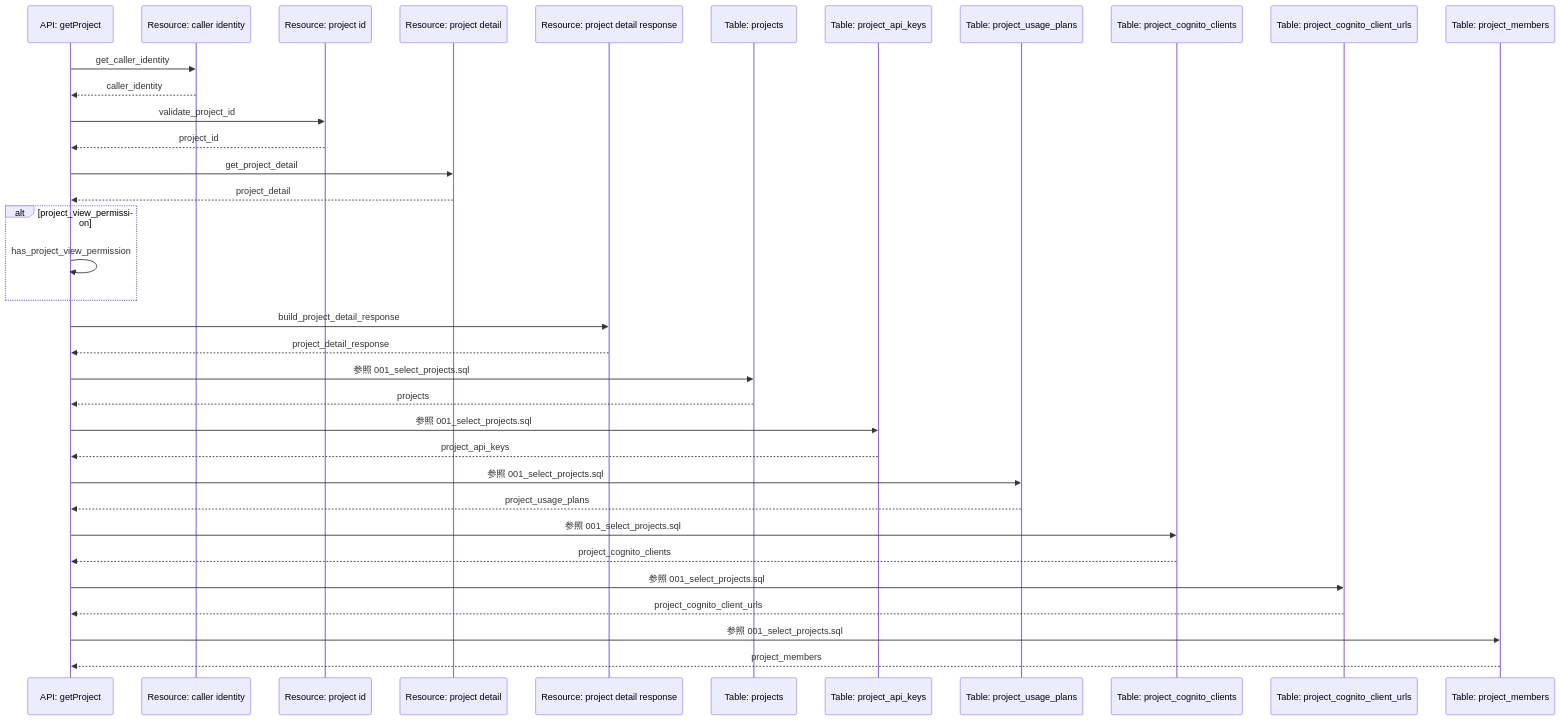
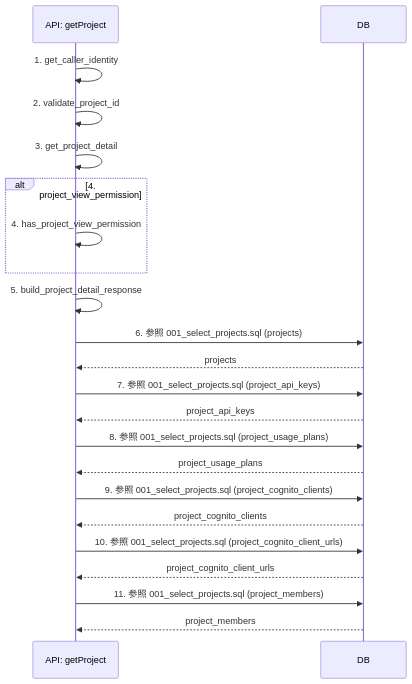
One commit to tsuji-tomonori/lazunex changed the diagram in docs/spec/40.apis/projects/get_project/sequence_gen.md. Above: the diagram before and after it, drawn with Mermaid. The commit also changed 14 other files, not shown here.

First line of the commit message:
♻️ refactor(api): sequence participantをintegration境界へ整理

````diff
--- a/docs/spec/40.apis/projects/get_project/sequence_gen.md
+++ b/docs/spec/40.apis/projects/get_project/sequence_gen.md
@@ -5,37 +5,24 @@
 ```mermaid
 sequenceDiagram
   participant API as API: getProject
-  participant R_caller_identity as Resource: caller identity
-  participant R_project_id as Resource: project id
-  participant R_project_detail as Resource: project detail
-  participant R_project_detail_response as Resource: project detail response
-  participant T_projects as Table: projects
-  participant T_project_api_keys as Table: project_api_keys
-  participant T_project_usage_plans as Table: project_usage_plans
-  participant T_project_cognito_clients as Table: project_cognito_clients
-  participant T_project_cognito_client_urls as Table: project_cognito_client_urls
-  participant T_project_members as Table: project_members
-  API->>R_caller_identity: get_caller_identity
-  R_caller_identity-->>API: caller_identity
-  API->>R_project_id: validate_project_id
-  R_project_id-->>API: project_id
-  API->>R_project_detail: get_project_detail
-  R_project_detail-->>API: project_detail
-  alt project_view_permission
-    API->>API: has_project_view_permission
+  participant DB as DB
+  API->>API: 1. get_caller_identity
+  API->>API: 2. validate_project_id
+  API->>API: 3. get_project_detail
+  alt 4. project_view_permission
+    API->>API: 4. has_project_view_permission
   end
-  API->>R_project_detail_response: build_project_detail_response
-  R_project_detail_response-->>API: project_detail_response
-  API->>T_projects: 参照 001_select_projects.sql
-  T_projects-->>API: projects
-  API->>T_project_api_keys: 参照 001_select_projects.sql
-  T_project_api_keys-->>API: project_api_keys
-  API->>T_project_usage_plans: 参照 001_select_projects.sql
-  T_project_usage_plans-->>API: project_usage_plans
-  API->>T_project_cognito_clients: 参照 001_select_projects.sql
-  T_project_cognito_clients-->>API: project_cognito_clients
-  API->>T_project_cognito_client_urls: 参照 001_select_projects.sql
-  T_project_cognito_client_urls-->>API: project_cognito_client_urls
-  API->>T_project_members: 参照 001_select_projects.sql
-  T_project_members-->>API: project_members
+  API->>API: 5. build_project_detail_response
+  API->>DB: 6. 参照 001_select_projects.sql (projects)
+  DB-->>API: projects
+  API->>DB: 7. 参照 001_select_projects.sql (project_api_keys)
+  DB-->>API: project_api_keys
+  API->>DB: 8. 参照 001_select_projects.sql (project_usage_plans)
+  DB-->>API: project_usage_plans
+  API->>DB: 9. 参照 001_select_projects.sql (project_cognito_clients)
+  DB-->>API: project_cognito_clients
+  API->>DB: 10. 参照 001_select_projects.sql (project_cognito_client_urls)
+  DB-->>API: project_cognito_client_urls
+  API->>DB: 11. 参照 001_select_projects.sql (project_members)
+  DB-->>API: project_members
 ```
````
